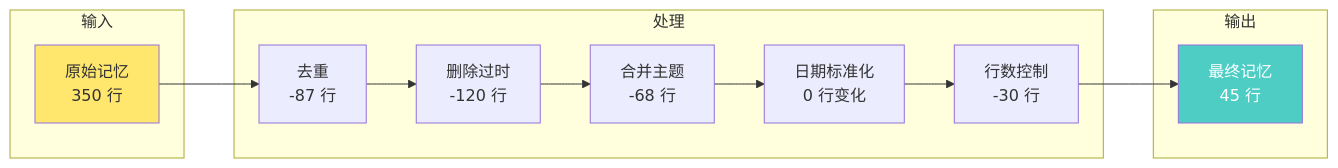
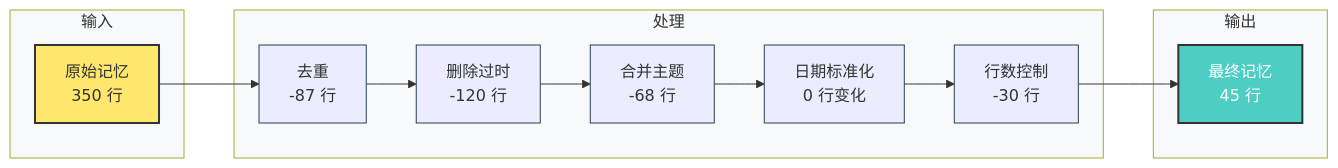
One commit to yufengyuanx/blog changed the fourth of 11 diagrams in docs/research/claude-code-auto-dream.md. Above: the diagram before and after it, drawn with Mermaid. The commit also changed other lines of this file, not shown here.

Commit message:
fix: 修复所有 Mermaid 图表字体大小和语法问题

````diff
--- a/docs/research/claude-code-auto-dream.md
+++ b/docs/research/claude-code-auto-dream.md
@@ -137,23 +140,24 @@
 ```mermaid
+%%{init: {'theme': 'default', 'themeVariables': { 'fontSize': '16px', 'nodeBorder': '#2c3e50', 'clusterBkg': '#f8f9fa' }}}%%
 graph LR
     subgraph 输入
-        I1[原始记忆<br/>350 行]
+        I1[原始记忆\n350 行]
     end
     
     subgraph 处理
-        P1[去重<br/>-87 行] --> P2[删除过时<br/>-120 行]
-        P2 --> P3[合并主题<br/>-68 行]
-        P3 --> P4[日期标准化<br/>0 行变化]
-        P4 --> P5[行数控制<br/>-30 行]
+        P1[去重\n-87 行] --> P2[删除过时\n-120 行]
+        P2 --> P3[合并主题\n-68 行]
+        P3 --> P4[日期标准化\n0 行变化]
+        P4 --> P5[行数控制\n-30 行]
     end
     
     subgraph 输出
-        O1[最终记忆<br/>45 行]
+        O1[最终记忆\n45 行]
     end
     
     I1 --> P1
     P5 --> O1
     
-    style I1 fill:#ffe66d
-    style O1 fill:#4ecdc4,color:#fff
+    style I1 fill:#ffe66d,stroke:#333,stroke-width:2px
+    style O1 fill:#4ecdc4,color:#fff,stroke:#333,stroke-width:2px
 ```
````
